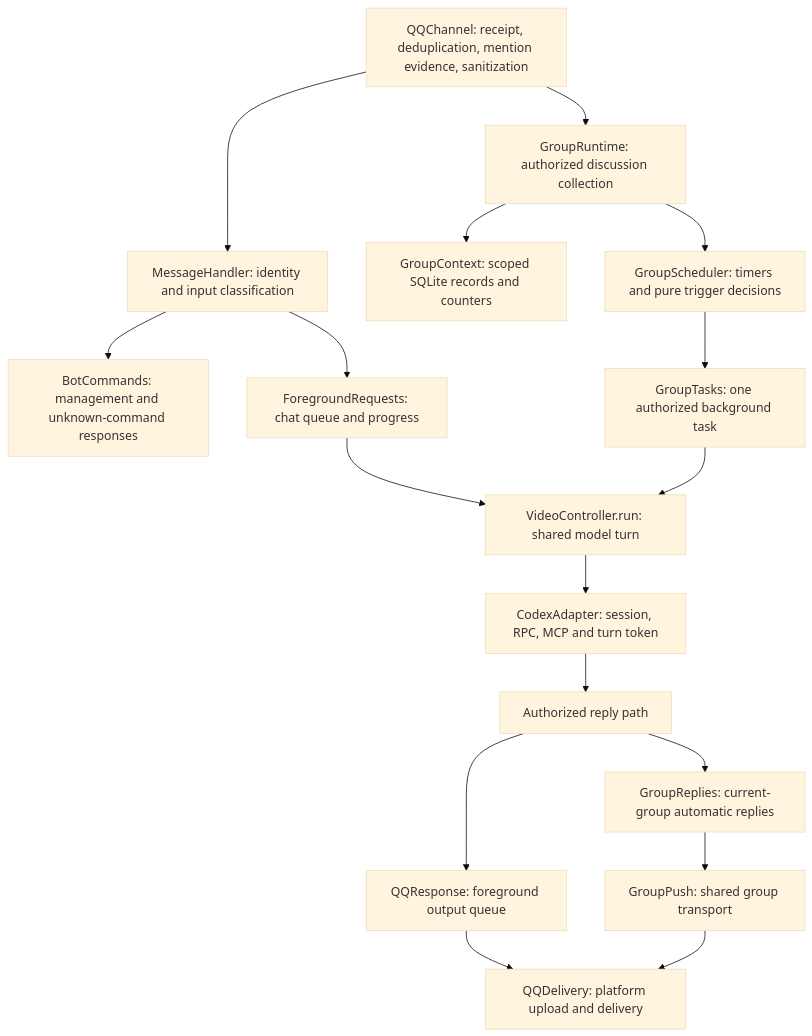
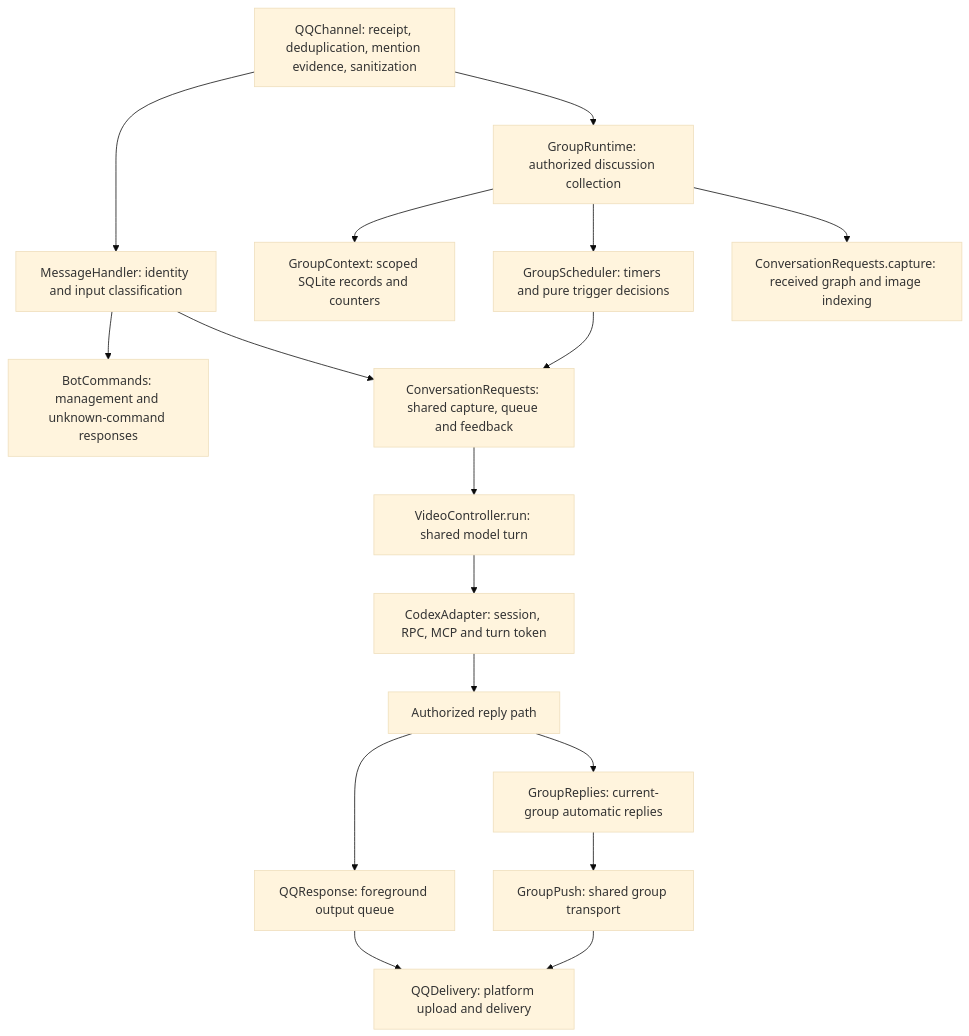
The diagram in docs/architecture.md (PerviousFurther/codex-qqbot), drawn with Mermaid (base theme) before and after one commit. The commit also changed other lines of this file and 16 other files, not shown here.

Commit message:
refactor: share conversation capture and request execution

````diff
--- a/docs/architecture.md
+++ b/docs/architecture.md
@@ -5,20 +5,20 @@
 ```mermaid
 flowchart TD
     QQ[QQChannel: receipt, deduplication, mention evidence, sanitization]
     QQ --> GR[GroupRuntime: authorized discussion collection]
     QQ --> MH[MessageHandler: identity and input classification]
     MH --> CMD[BotCommands: management and unknown-command responses]
-    MH --> FG[ForegroundRequests: chat queue and progress]
+    MH --> REQ[ConversationRequests: shared capture, queue and feedback]
     GR --> DB[GroupContext: scoped SQLite records and counters]
     GR --> S[GroupScheduler: timers and pure trigger decisions]
-    S --> GT[GroupTasks: one authorized background task]
-    FG --> TURN[VideoController.run: shared model turn]
-    GT --> TURN
+    S --> REQ
+    GR --> CAP[ConversationRequests.capture: received graph and image indexing]
+    REQ --> TURN[VideoController.run: shared model turn]
     TURN --> CODEX[CodexAdapter: session, RPC, MCP and turn token]
     CODEX --> RR[Authorized reply path]
     RR --> RESP[QQResponse: foreground output queue]
     RR --> GREP[GroupReplies: current-group automatic replies]
     GREP --> PUSH[GroupPush: shared group transport]
     RESP --> DEL[QQDelivery: platform upload and delivery]
     PUSH --> DEL
 ```
````
